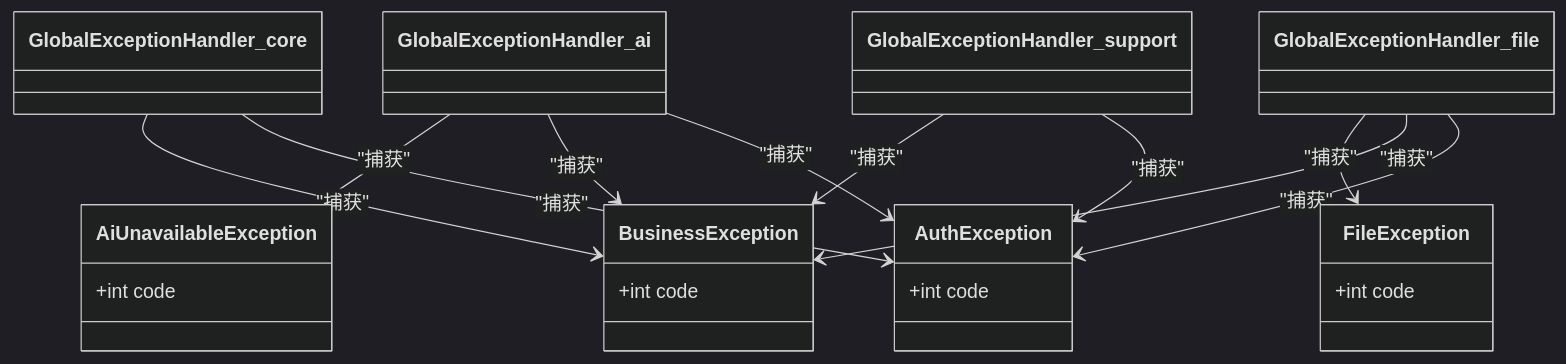
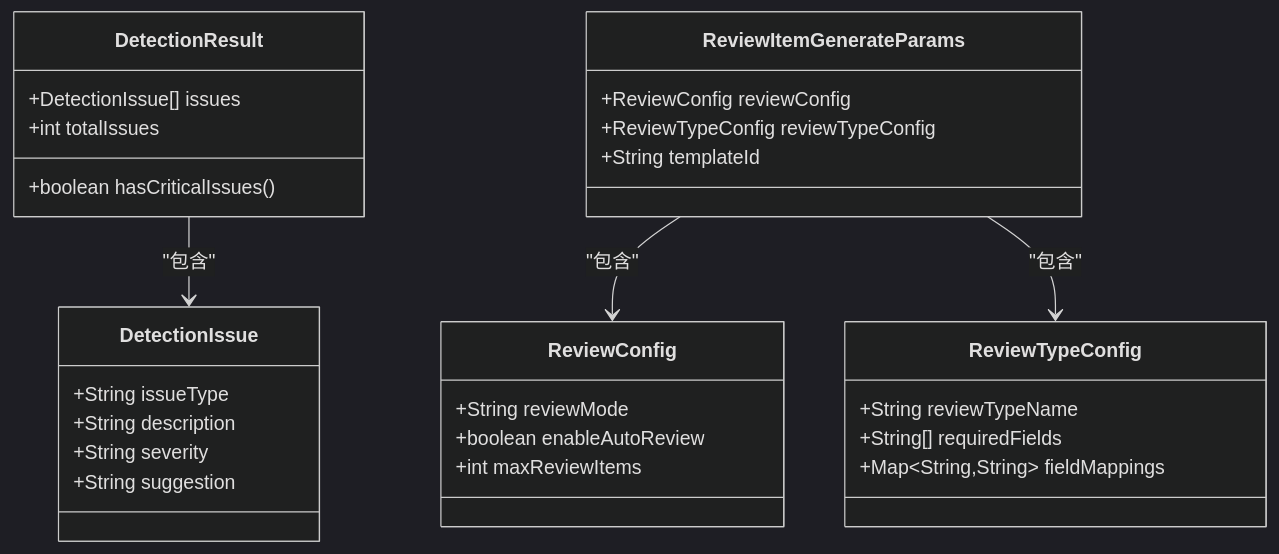
Before and after one commit to DrunkFood/First: the third of 8 diagrams in .qoder/repowiki/zh/content/开发指南/代码规范.md, drawn with Mermaid (dark theme). The commit also changed other lines of this file and 70 other files, not shown here.

````diff
--- a/.qoder/repowiki/zh/content/开发指南/代码规范.md
+++ b/.qoder/repowiki/zh/content/开发指南/代码规范.md
@@ -155,29 +174,32 @@
 ```mermaid
 classDiagram
-class BusinessException {
-+int code
+class DetectionResult {
++DetectionIssue[] issues
++int totalIssues
++boolean hasCriticalIssues()
 }
-class AuthException {
-+int code
+class DetectionIssue {
++String issueType
++String description
++String severity
++String suggestion
 }
-class FileException {
-+int code
+class ReviewItemGenerateParams {
++ReviewConfig reviewConfig
++ReviewTypeConfig reviewTypeConfig
++String templateId
 }
-class AiUnavailableException {
-+int code
+class ReviewConfig {
++String reviewMode
++boolean enableAutoReview
++int maxReviewItems
 }
-class GlobalExceptionHandler_core
-class GlobalExceptionHandler_ai
-class GlobalExceptionHandler_file
-class GlobalExceptionHandler_support
-GlobalExceptionHandler_core --> BusinessException : "捕获"
-GlobalExceptionHandler_core --> AuthException : "捕获"
-GlobalExceptionHandler_ai --> AiUnavailableException : "捕获"
-GlobalExceptionHandler_ai --> BusinessException : "捕获"
-GlobalExceptionHandler_ai --> AuthException : "捕获"
-GlobalExceptionHandler_file --> FileException : "捕获"
-GlobalExceptionHandler_file --> BusinessException : "捕获"
-GlobalExceptionHandler_file --> AuthException : "捕获"
-GlobalExceptionHandler_support --> BusinessException : "捕获"
-GlobalExceptionHandler_support --> AuthException : "捕获"
+class ReviewTypeConfig {
++String reviewTypeName
++String[] requiredFields
++Map~String,String~ fieldMappings
+}
+DetectionResult --> DetectionIssue : "包含"
+ReviewItemGenerateParams --> ReviewConfig : "包含"
+ReviewItemGenerateParams --> ReviewTypeConfig : "包含"
 ```
````
